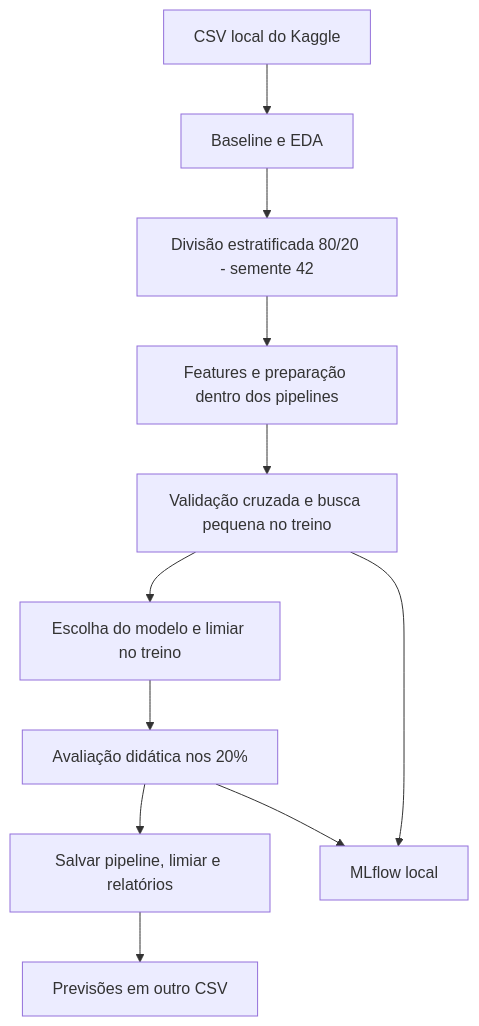
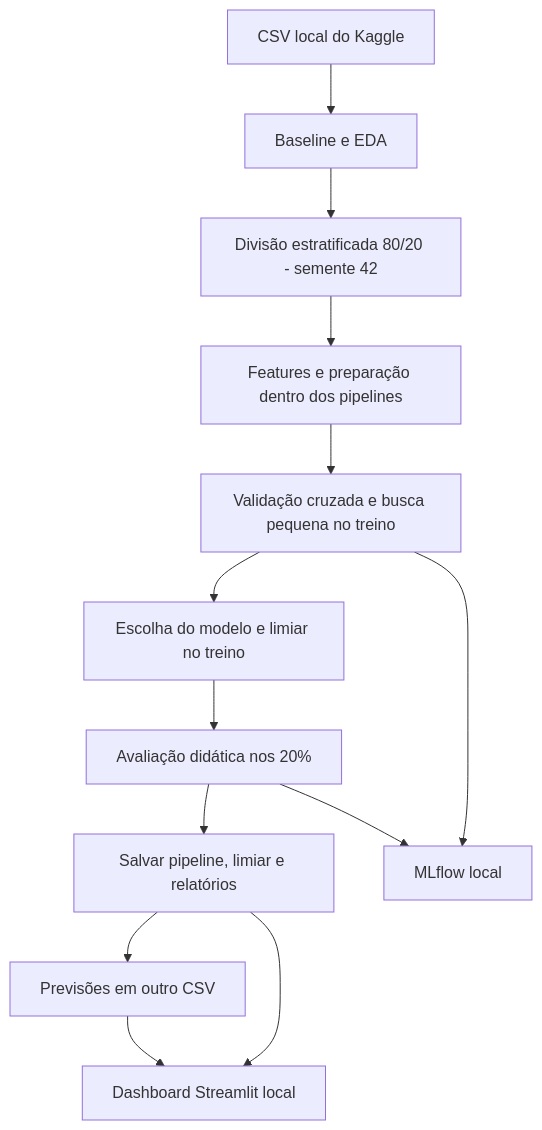
Before and after one commit to Brendalu2005/titanic-survival-classification: the diagram in README.md, drawn with Mermaid. The commit also changed other lines of this file and 7 other files, not shown here.

````diff
--- a/README.md
+++ b/README.md
@@ -37,13 +37,15 @@
 ```mermaid
 flowchart TD
     A[CSV local do Kaggle] --> B[Baseline e EDA]
     B --> C[Divisão estratificada 80/20 - semente 42]
     C --> D[Features e preparação dentro dos pipelines]
     D --> E[Validação cruzada e busca pequena no treino]
     E --> F[Escolha do modelo e limiar no treino]
     F --> G[Avaliação didática nos 20%]
     G --> H[Salvar pipeline, limiar e relatórios]
     H --> I[Previsões em outro CSV]
+    I --> K[Dashboard Streamlit local]
+    H --> K
     E --> J[MLflow local]
     G --> J
 ```
````
